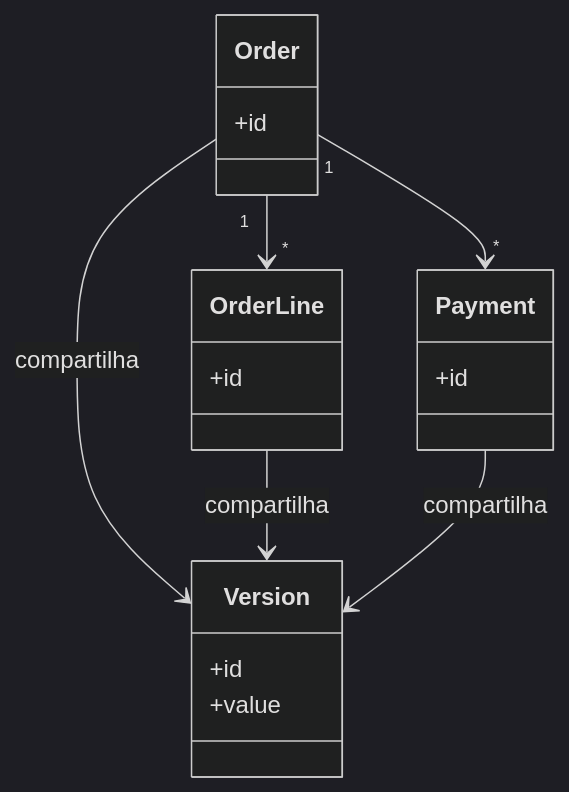
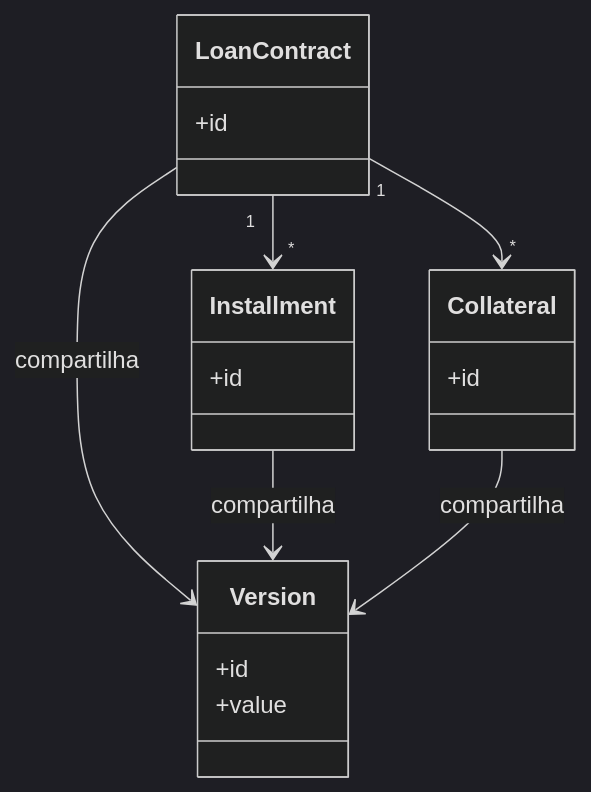
The diagram in docs/design/poeaa/offline-concurrency/coarse-grained-lock.md (alancesar/design-patterns), drawn with Mermaid (dark theme) before and after one commit. The commit also changed other lines of this file and 95 other files, not shown here.

First line of the commit message:
Switch PoEAA examples and diagrams to fintech scenarios

````diff
--- a/docs/design/poeaa/offline-concurrency/coarse-grained-lock.md
+++ b/docs/design/poeaa/offline-concurrency/coarse-grained-lock.md
@@ -55,21 +55,21 @@
 ```mermaid
 classDiagram
     class Version {
         +id
         +value
     }
-    class Order {
+    class LoanContract {
         +id
     }
-    class OrderLine {
+    class Installment {
         +id
     }
-    class Payment {
+    class Collateral {
         +id
     }
-    Order --> Version : compartilha
-    OrderLine --> Version : compartilha
-    Payment --> Version : compartilha
-    Order "1" --> "*" OrderLine
-    Order "1" --> "*" Payment
+    LoanContract --> Version : compartilha
+    Installment --> Version : compartilha
+    Collateral --> Version : compartilha
+    LoanContract "1" --> "*" Installment
+    LoanContract "1" --> "*" Collateral
 ```
````
